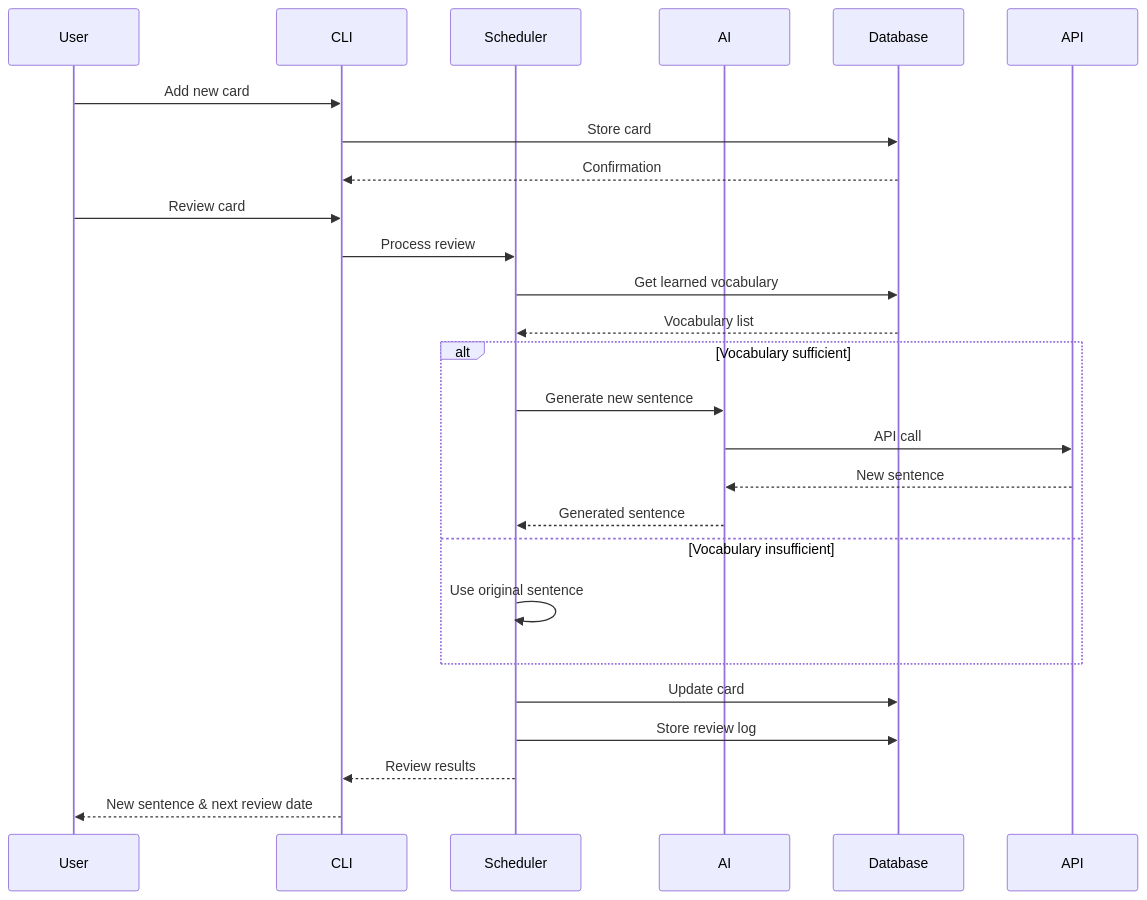
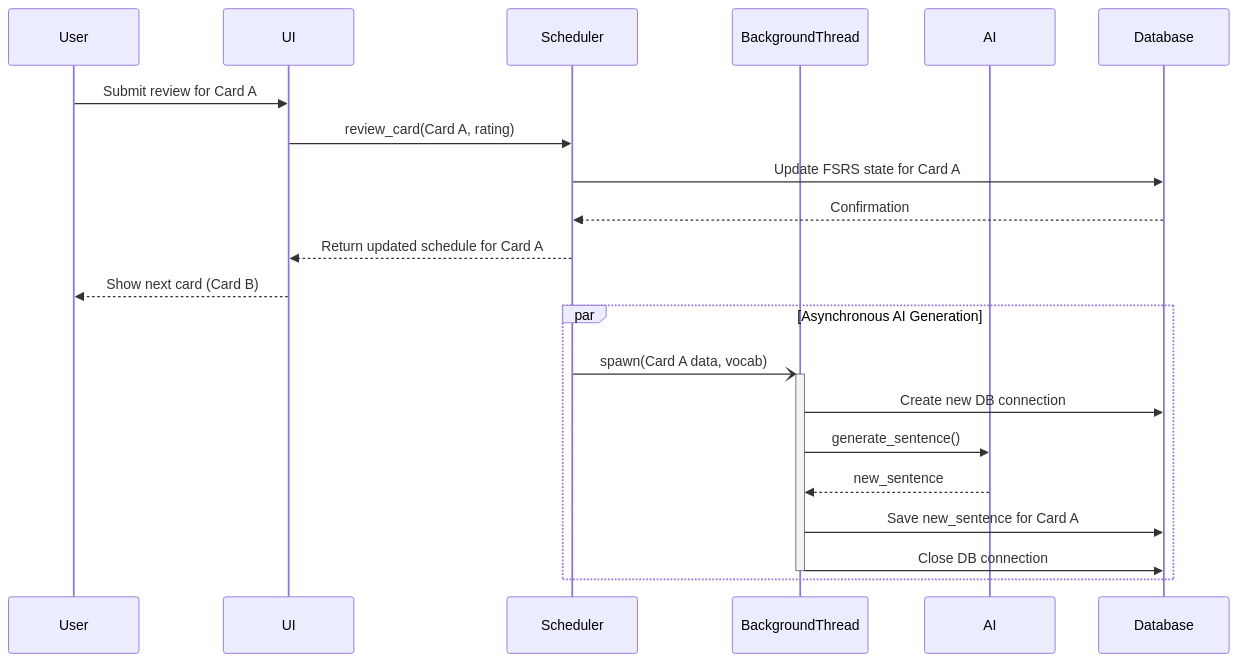
One commit to felipepenha/morphcards changed the second of 5 diagrams in docs/architecture.md. Above: the diagram before and after it, drawn with Mermaid. The commit also changed other lines of this file and 4 other files, not shown here.

First line of the commit message:
refactor: make AI sentence generation asynchronous

````diff
--- a/docs/architecture.md
+++ b/docs/architecture.md
@@ -61,32 +63,26 @@
 ```mermaid
 sequenceDiagram
     participant User
-    participant CLI
+    participant UI
     participant Scheduler
+    participant BackgroundThread
     participant AI
     participant Database
-    participant API
     
-    User->>CLI: Add new card
-    CLI->>Database: Store card
-    Database-->>CLI: Confirmation
+    User->>UI: Submit review for Card A
+    UI->>Scheduler: review_card(Card A, rating)
+    Scheduler->>Database: Update FSRS state for Card A
+    Database-->>Scheduler: Confirmation
+    Scheduler-->>UI: Return updated schedule for Card A
+    UI-->>User: Show next card (Card B)
     
-    User->>CLI: Review card
-    CLI->>Scheduler: Process review
-    Scheduler->>Database: Get learned vocabulary
-    Database-->>Scheduler: Vocabulary list
-    
-    alt Vocabulary sufficient
-        Scheduler->>AI: Generate new sentence
-        AI->>API: API call
-        API-->>AI: New sentence
-        AI-->>Scheduler: Generated sentence
-    else Vocabulary insufficient
-        Scheduler->>Scheduler: Use original sentence
+    par Asynchronous AI Generation
+        Scheduler-)+BackgroundThread: spawn(Card A data, vocab)
+        BackgroundThread->>Database: Create new DB connection
+        BackgroundThread->>AI: generate_sentence()
+        AI-->>BackgroundThread: new_sentence
+        BackgroundThread->>Database: Save new_sentence for Card A
+        BackgroundThread->>Database: Close DB connection
+        deactivate BackgroundThread
     end
-    
-    Scheduler->>Database: Update card
-    Scheduler->>Database: Store review log
-    Scheduler-->>CLI: Review results
-    CLI-->>User: New sentence & next review date
 ```
````
